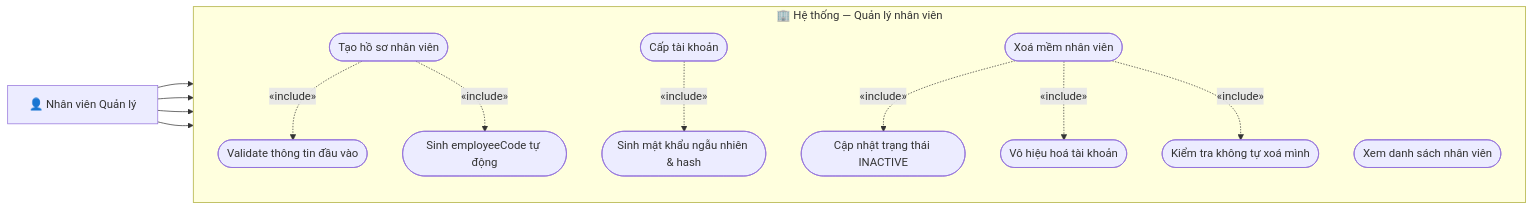
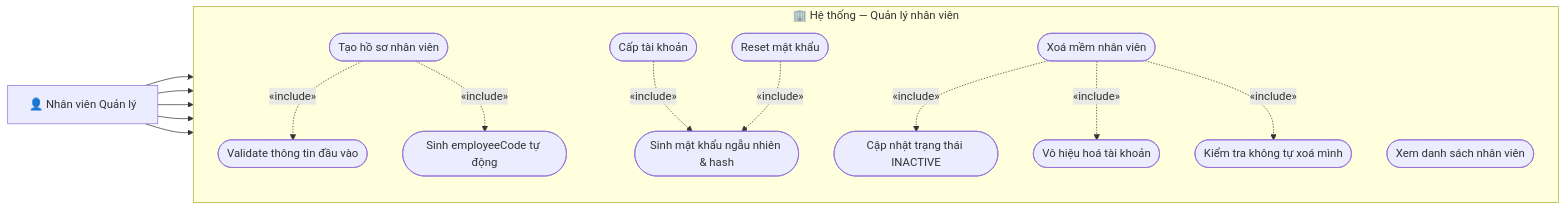
Before and after one commit to Distributed-Programing-Project/railway-reservation-system-server: the diagram in docs/usecases/uc013-quan-ly-nhan-vien.md, drawn with Mermaid. The commit also changed other lines of this file and 1 other file, not shown here.

Commit message:
docs(usecase): fix missing reset password flow and carriage bed counts from BA Review

````diff
--- a/docs/usecases/uc013-quan-ly-nhan-vien.md
+++ b/docs/usecases/uc013-quan-ly-nhan-vien.md
@@ -184,30 +192,33 @@
 ```mermaid
 graph LR
     QL["👤 Nhân viên Quản lý"]
 
     subgraph SYS ["🏢 Hệ thống — Quản lý nhân viên"]
         direction TB
         UC1(["Tạo hồ sơ nhân viên"])
         UC2(["Cấp tài khoản"])
         UC3(["Xoá mềm nhân viên"])
         UC4(["Xem danh sách nhân viên"])
+        UC5(["Reset mật khẩu"])
         SUB1(["Validate thông tin đầu vào"])
         SUB2(["Sinh employeeCode tự động"])
         SUB3(["Sinh mật khẩu ngẫu nhiên & hash"])
         SUB4(["Cập nhật trạng thái INACTIVE"])
         SUB5(["Vô hiệu hoá tài khoản"])
         SUB6(["Kiểm tra không tự xoá mình"])
     end
 
     QL --> UC1
     QL --> UC2
     QL --> UC3
     QL --> UC4
+    QL --> UC5
 
     UC1 -. "«include»" .-> SUB1
     UC1 -. "«include»" .-> SUB2
     UC2 -. "«include»" .-> SUB3
+    UC5 -. "«include»" .-> SUB3
     UC3 -. "«include»" .-> SUB4
     UC3 -. "«include»" .-> SUB5
     UC3 -. "«include»" .-> SUB6
 ```
````
